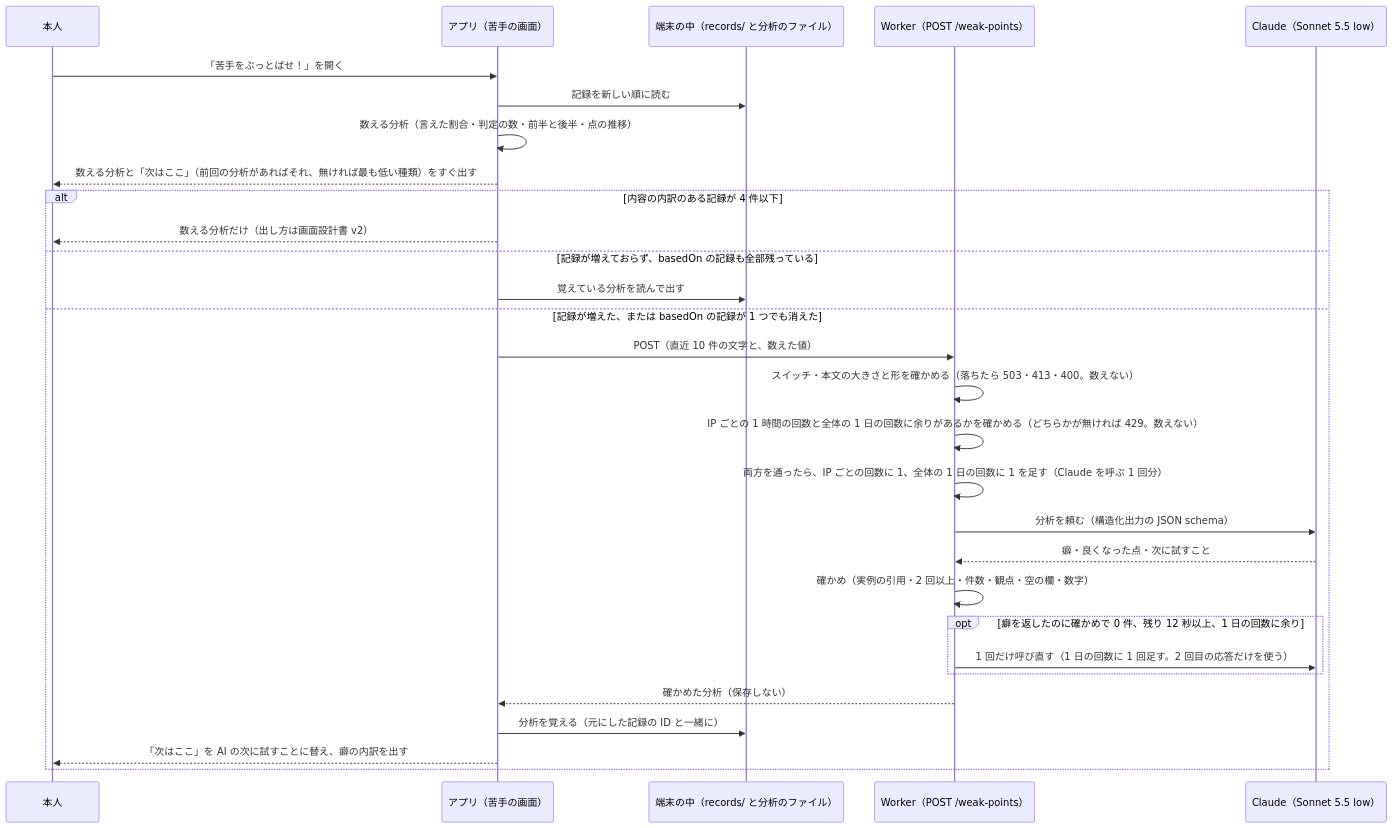
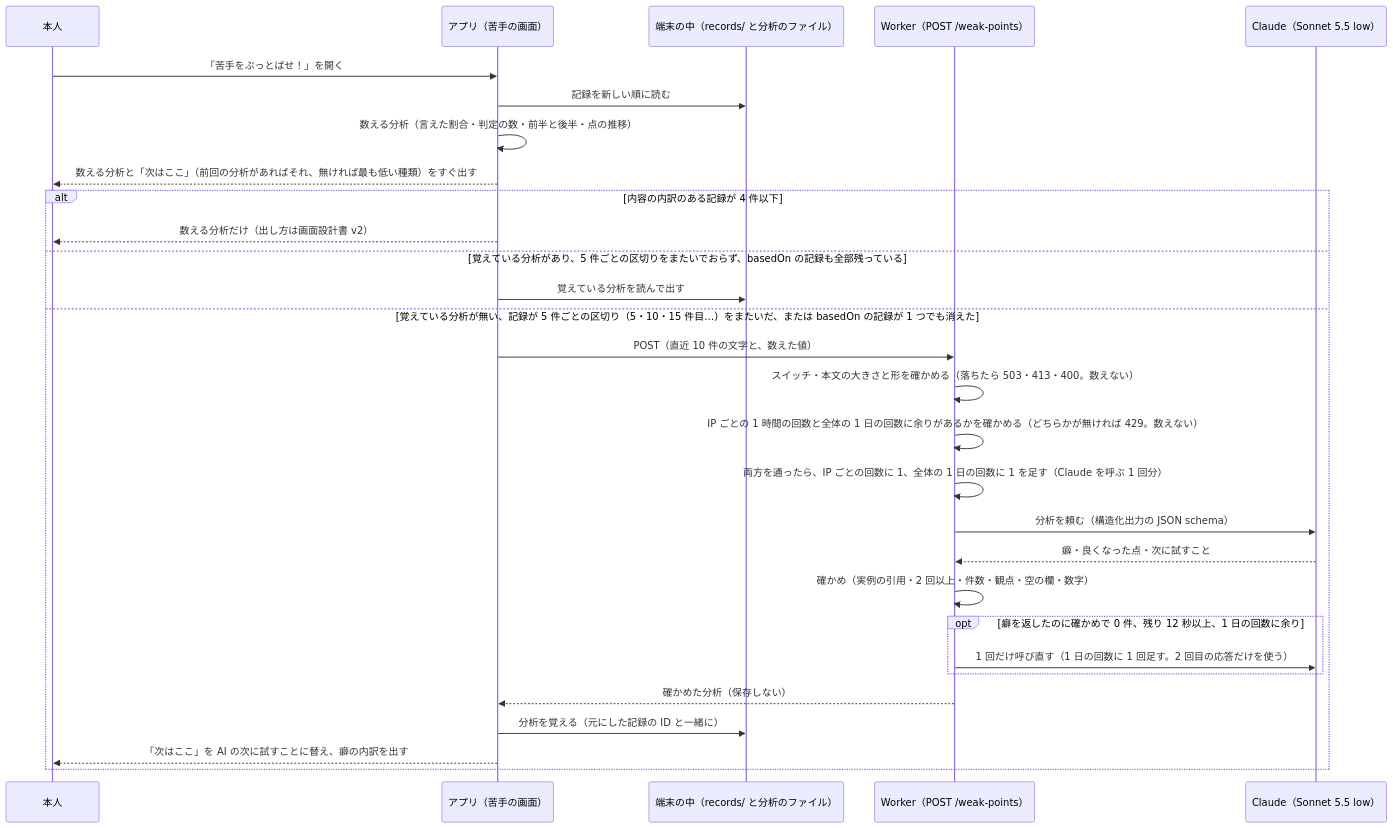
The diagram in docs/design/weak-point-analysis.md (jphacks/ng_2622), drawn with Mermaid before and after one commit. The commit also changed other lines of this file and 20 other files, not shown here.

````diff
--- a/docs/design/weak-point-analysis.md
+++ b/docs/design/weak-point-analysis.md
@@ -114,31 +114,31 @@
 ```mermaid
 sequenceDiagram
   participant U as 本人
   participant A as アプリ（苦手の画面）
   participant S as 端末の中（records/ と分析のファイル）
   participant W as Worker（POST /weak-points）
   participant C as Claude（Sonnet 5.5 low）
   U->>A: 「苦手をぶっとばせ！」を開く
   A->>S: 記録を新しい順に読む
   A->>A: 数える分析（言えた割合・判定の数・前半と後半・点の推移）
   A-->>U: 数える分析と「次はここ」（前回の分析があればそれ、無ければ最も低い種類）をすぐ出す
   alt 内容の内訳のある記録が 4 件以下
     A-->>U: 数える分析だけ（出し方は画面設計書 v2）
-  else 記録が増えておらず、basedOn の記録も全部残っている
+  else 覚えている分析があり、5 件ごとの区切りをまたいでおらず、basedOn の記録も全部残っている
     A->>S: 覚えている分析を読んで出す
-  else 記録が増えた、または basedOn の記録が 1 つでも消えた
+  else 覚えている分析が無い、記録が 5 件ごとの区切り（5・10・15 件目…）をまたいだ、または basedOn の記録が 1 つでも消えた
     A->>W: POST（直近 10 件の文字と、数えた値）
     W->>W: スイッチ・本文の大きさと形を確かめる（落ちたら 503・413・400。数えない）
     W->>W: IP ごとの 1 時間の回数と全体の 1 日の回数に余りがあるかを確かめる（どちらかが無ければ 429。数えない）
     W->>W: 両方を通ったら、IP ごとの回数に 1、全体の 1 日の回数に 1 を足す（Claude を呼ぶ 1 回分）
     W->>C: 分析を頼む（構造化出力の JSON schema）
     C-->>W: 癖・良くなった点・次に試すこと
     W->>W: 確かめ（実例の引用・2 回以上・件数・観点・空の欄・数字）
     opt 癖を返したのに確かめで 0 件、残り 12 秒以上、1 日の回数に余り
       W->>C: 1 回だけ呼び直す（1 日の回数に 1 回足す。2 回目の応答だけを使う）
     end
     W-->>A: 確かめた分析（保存しない）
     A->>S: 分析を覚える（元にした記録の ID と一緒に）
     A-->>U: 「次はここ」を AI の次に試すことに替え、癖の内訳を出す
   end
 ```
````
